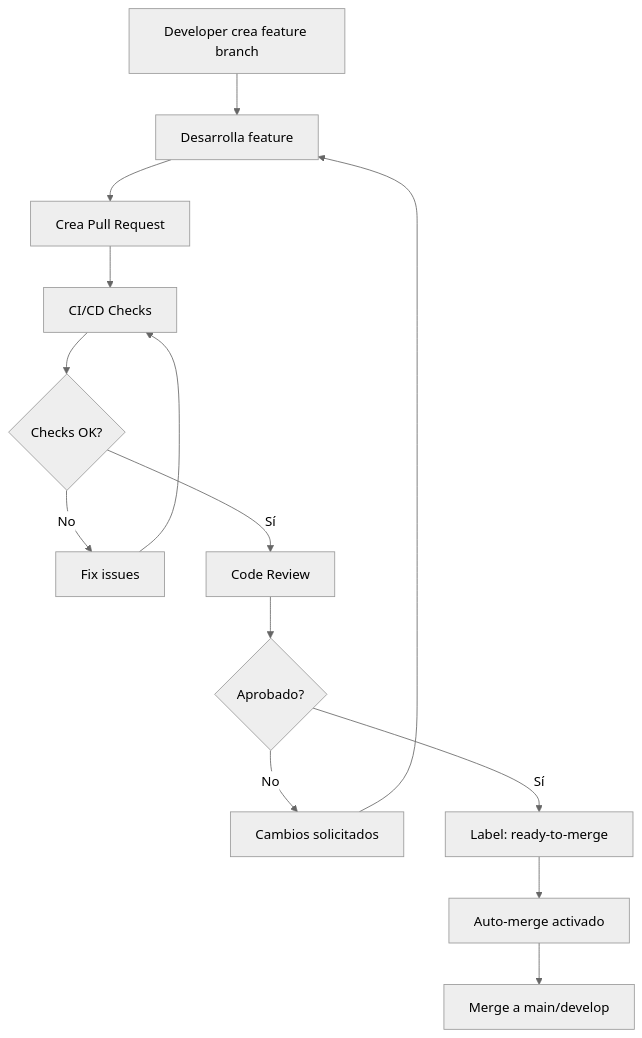
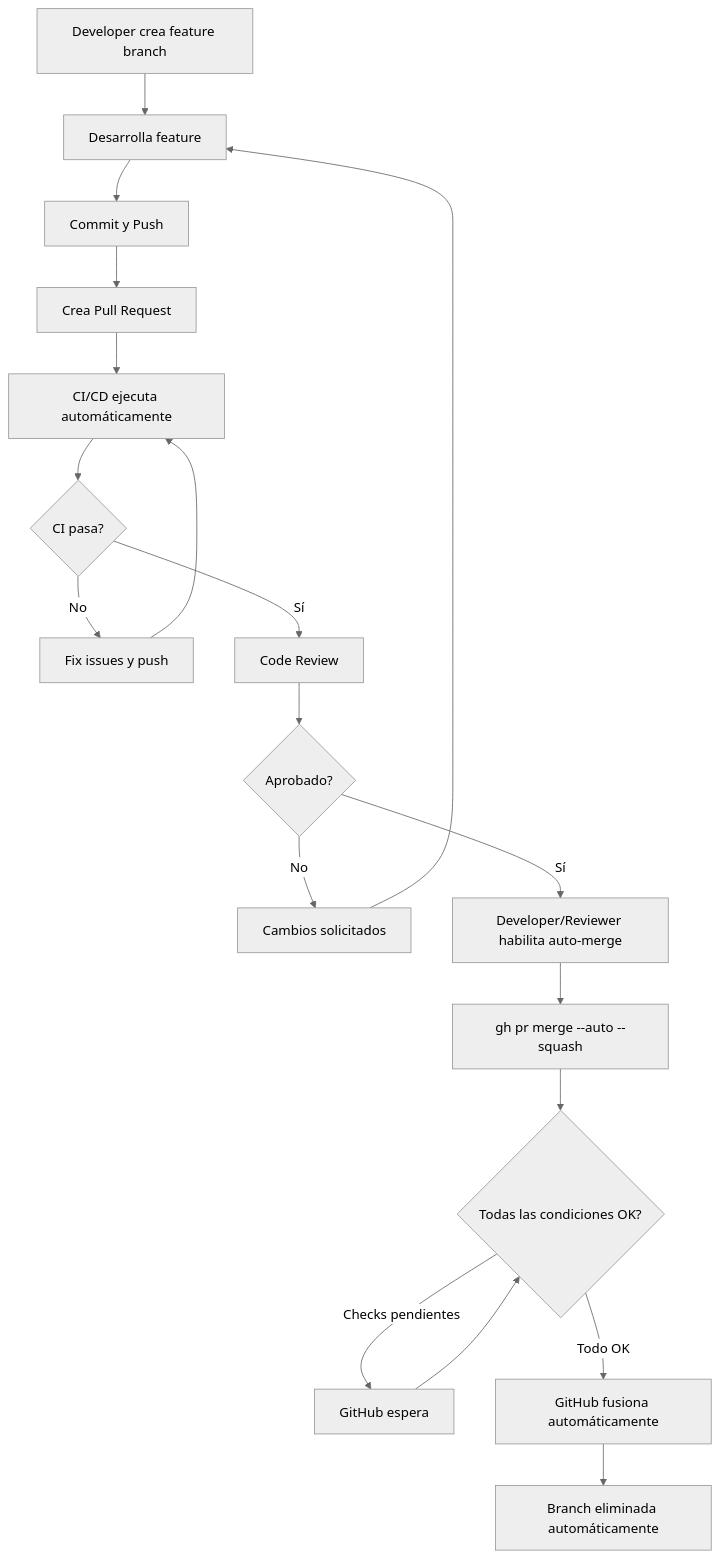
One commit to VanOps/AutoMergeStrategies changed the diagram in docs/FeatureAutoMerge.md. Above: the diagram before and after it, drawn with Mermaid (neutral theme). The commit also changed other lines of this file and 2 other files, not shown here.

Commit message:
inlcude secregated options for feature auto-merge

````diff
--- a/docs/FeatureAutoMerge.md
+++ b/docs/FeatureAutoMerge.md
@@ -16,16 +41,21 @@
 ```mermaid
 graph TD
     A[Developer crea feature branch] --> B[Desarrolla feature]
-    B --> C[Crea Pull Request]
-    C --> D[CI/CD Checks]
-    D --> E{Checks OK?}
-    E -->|No| F[Fix issues]
-    F --> D
-    E -->|Sí| G[Code Review]
-    G --> H{Aprobado?}
-    H -->|No| I[Cambios solicitados]
-    I --> B
-    H -->|Sí| J[Label: ready-to-merge]
-    J --> K[Auto-merge activado]
-    K --> L[Merge a main/develop]
+    B --> C[Commit y Push]
+    C --> D[Crea Pull Request]
+    D --> E[CI/CD ejecuta automáticamente]
+    E --> F{CI pasa?}
+    F -->|No| G[Fix issues y push]
+    G --> E
+    F -->|Sí| H[Code Review]
+    H --> I{Aprobado?}
+    I -->|No| J[Cambios solicitados]
+    J --> B
+    I -->|Sí| K[Developer/Reviewer habilita auto-merge]
+    K --> L[gh pr merge --auto --squash]
+    L --> M{Todas las condiciones OK?}
+    M -->|Checks pendientes| N[GitHub espera]
+    N --> M
+    M -->|Todo OK| O[GitHub fusiona automáticamente]
+    O --> P[Branch eliminada automáticamente]
 ```
````
